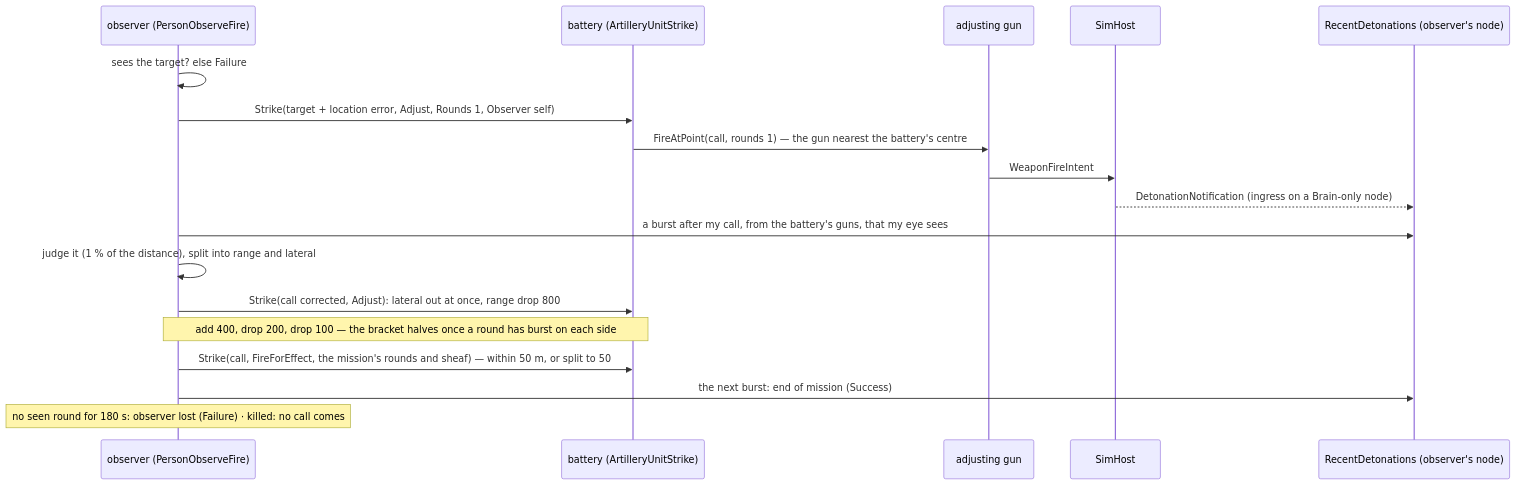
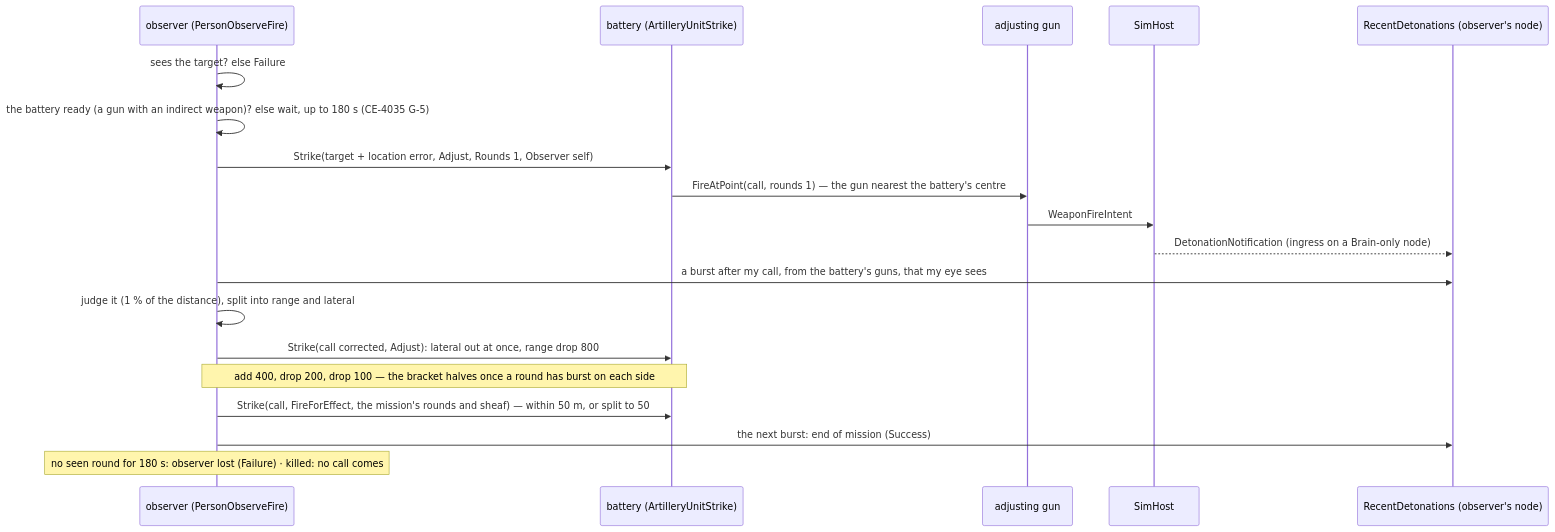
The fifth of 9 diagrams in docs/designs/indirect-fire/DESIGN_Indirect_Fire.md (pjanec/HROT), drawn with Mermaid before and after one commit. The commit also changed other lines of this file and 5 other files, not shown here.

````diff
--- a/docs/designs/indirect-fire/DESIGN_Indirect_Fire.md
+++ b/docs/designs/indirect-fire/DESIGN_Indirect_Fire.md
@@ -230,20 +230,21 @@
 ```mermaid
 sequenceDiagram
   participant O as observer (PersonObserveFire)
   participant P as battery (ArtilleryUnitStrike)
   participant A as adjusting gun
   participant S as SimHost
   participant M as RecentDetonations (observer's node)
   O->>O: sees the target? else Failure
+  O->>O: the battery ready (a gun with an indirect weapon)? else wait, up to 180 s (CE-4035 G-5)
   O->>P: Strike(target + location error, Adjust, Rounds 1, Observer self)
   P->>A: FireAtPoint(call, rounds 1) — the gun nearest the battery's centre
   A->>S: WeaponFireIntent
   S-->>M: DetonationNotification (ingress on a Brain-only node)
   O->>M: a burst after my call, from the battery's guns, that my eye sees
   O->>O: judge it (1 % of the distance), split into range and lateral
   O->>P: Strike(call corrected, Adjust): lateral out at once, range drop 800
   Note over O,P: add 400, drop 200, drop 100 — the bracket halves once a round has burst on each side
   O->>P: Strike(call, FireForEffect, the mission's rounds and sheaf) — within 50 m, or split to 50
   O->>M: the next burst: end of mission (Success)
   Note over O: no seen round for 180 s: observer lost (Failure) · killed: no call comes
 ```
````
